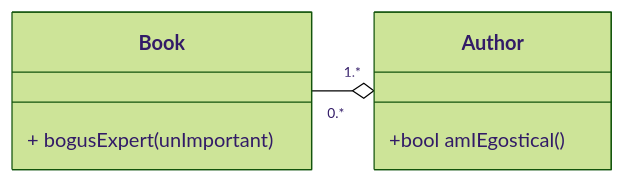
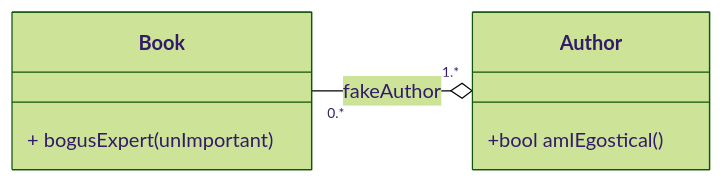
Before and after one commit to hasii2011/pyutplugins: the diagram in tests/resources/testdata/mermaidgolden/MermaidAggregation.md, drawn with Mermaid (forest theme). The commit also changed 7 other files, not shown here.

First line of the commit message:
<Feature>[Mermaid Plugin]: <Update link generation>

````diff
--- a/tests/resources/testdata/mermaidgolden/MermaidAggregation.md
+++ b/tests/resources/testdata/mermaidgolden/MermaidAggregation.md
@@ -1,12 +1,12 @@
 ```mermaid
 classDiagram
     direction RL
     %% Links follow
-    Author "1.*" o-- "0.*" Book
+    Author "1.*" o-- "0.*" Book : fakeAuthor
     class Author { 
         +bool amIEgostical()
     }
     class Book { 
         + bogusExpert(unImportant)
     }
 ```
````
